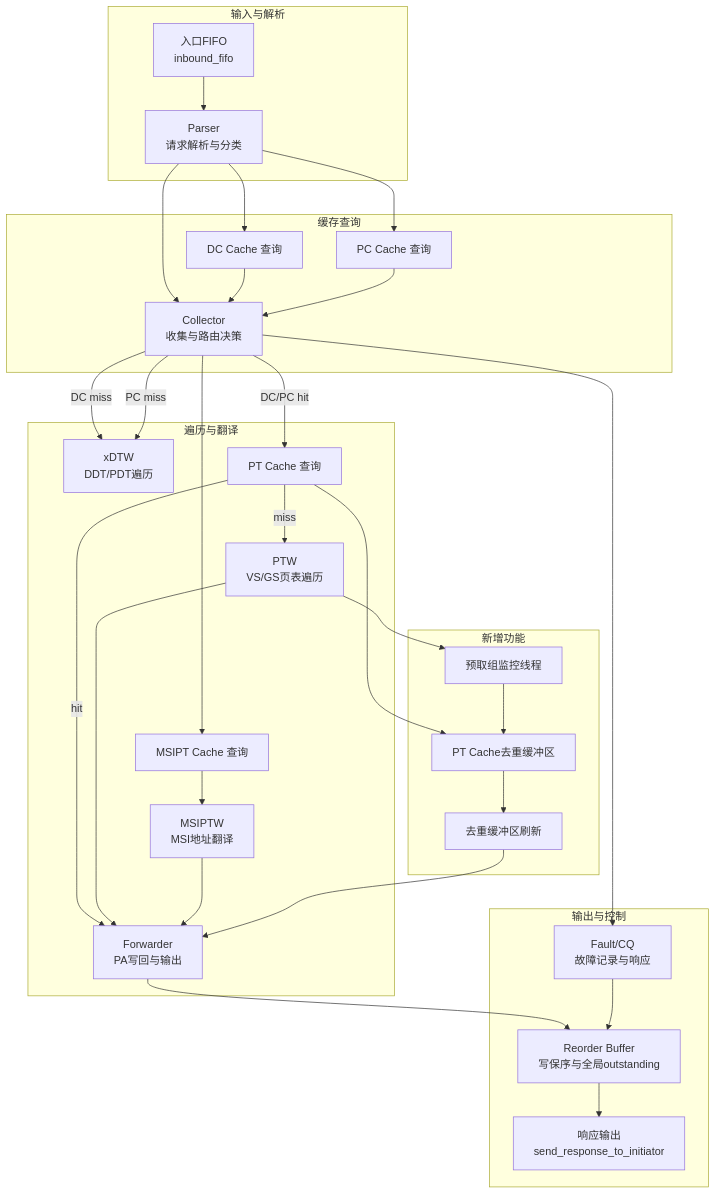
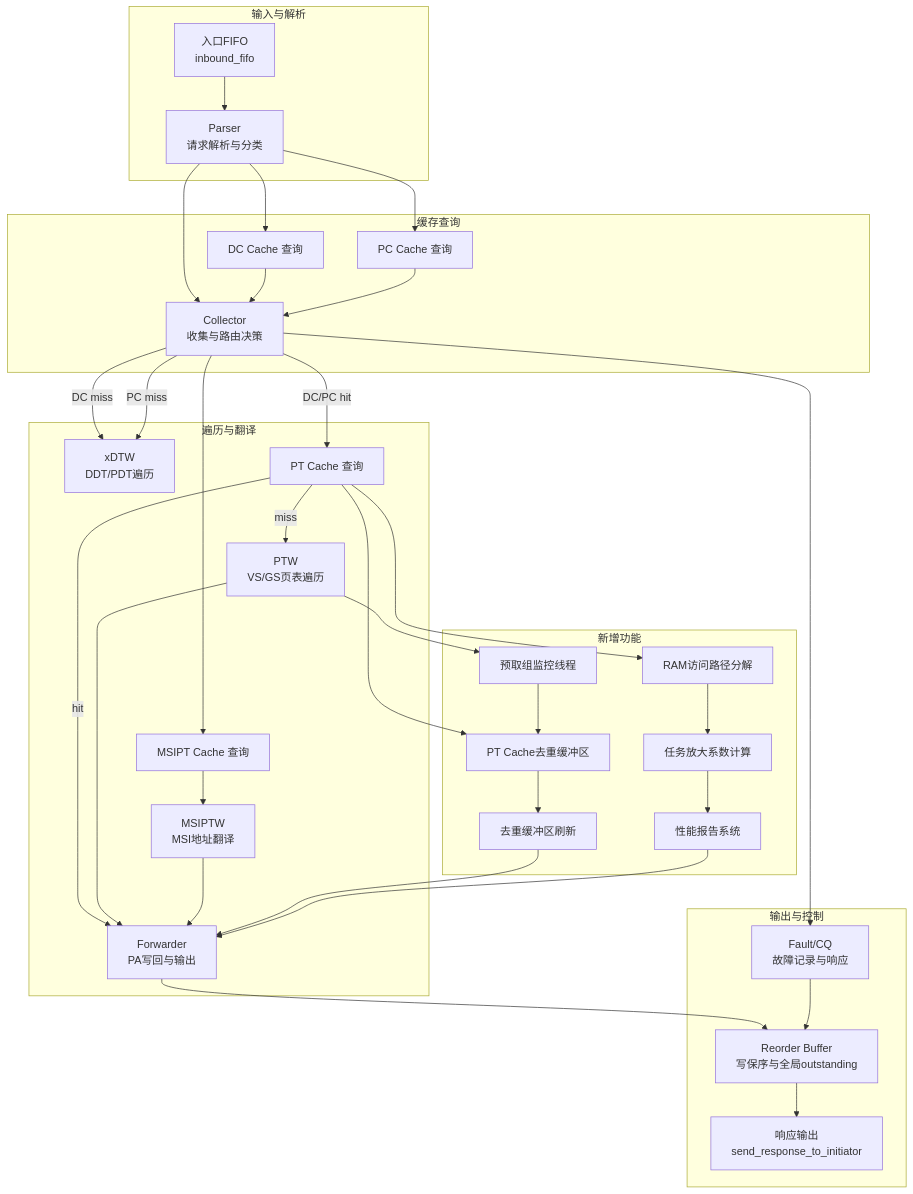
One commit to jiangjiang1122/iommu_model_20260401_v1 changed the first of 18 diagrams in .qoder/repowiki/zh/content/性能模型实现/性能模型实现.md. Above: the diagram before and after it, drawn with Mermaid. The commit also changed other lines of this file and 25 other files, not shown here.

````diff
--- a/.qoder/repowiki/zh/content/性能模型实现/性能模型实现.md
+++ b/.qoder/repowiki/zh/content/性能模型实现/性能模型实现.md
@@ -62,37 +64,41 @@
 ```mermaid
 graph TB
 subgraph "输入与解析"
 IN["入口FIFO<br/>inbound_fifo"] --> P["Parser<br/>请求解析与分类"]
 end
 subgraph "缓存查询"
 P --> C1["Collector<br/>收集与路由决策"]
 P --> DCQ["DC Cache 查询"]
 P --> PCQ["PC Cache 查询"]
 DCQ --> C1
 PCQ --> C1
 end
 subgraph "遍历与翻译"
 C1 --> |DC miss| XDTW["xDTW<br/>DDT/PDT遍历"]
 C1 --> |PC miss| XDTW
 C1 --> |DC/PC hit| PT["PT Cache 查询"]
 PT --> |hit| FWD["Forwarder<br/>PA写回与输出"]
 PT --> |miss| PTW["PTW<br/>VS/GS页表遍历"]
 PTW --> FWD
 C1 --> MSI["MSIPT Cache 查询"]
 MSI --> MSIW["MSIPTW<br/>MSI地址翻译"]
 MSIW --> FWD
 end
 subgraph "输出与控制"
 FWD --> REO["Reorder Buffer<br/>写保序与全局outstanding"]
 REO --> OUT["响应输出<br/>send_response_to_initiator"]
 C1 --> FAU["Fault/CQ<br/>故障记录与响应"]
 FAU --> REO
 end
 subgraph "新增功能"
 PT --> DEDUP["PT Cache去重缓冲区"]
+PT --> RAM["RAM访问路径分解"]
 PTW --> MONITOR["预取组监控线程"]
 MONITOR --> DEDUP
 DEDUP --> FLUSH["去重缓冲区刷新"]
 FLUSH --> FWD
+RAM --> STATS["任务放大系数计算"]
+STATS --> REPORT["性能报告系统"]
+REPORT --> FWD
 end
 ```
````
